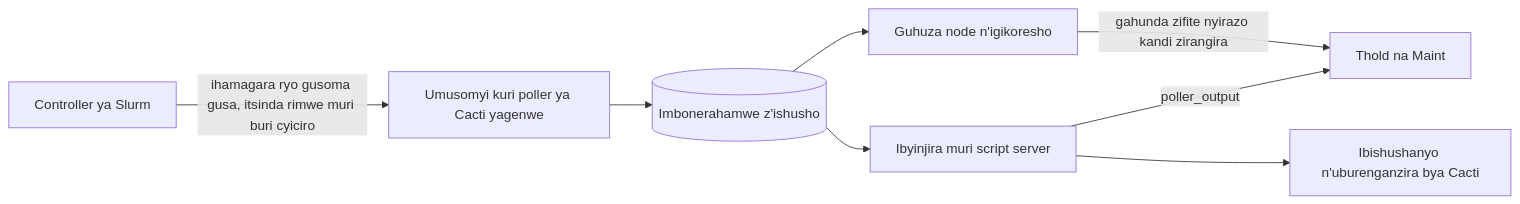
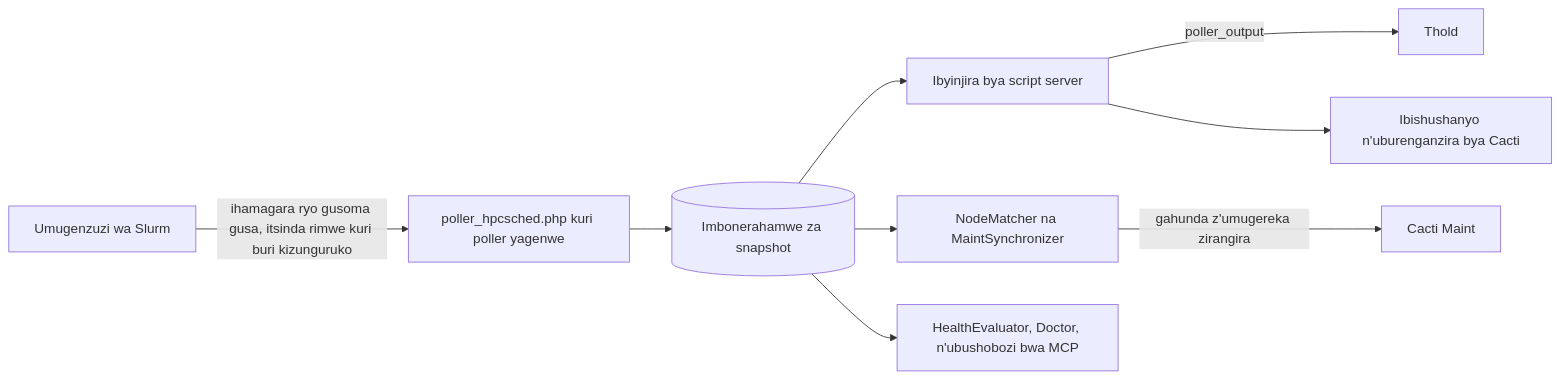
Before and after one commit to somethingwithproof/plugin_hpcsched: the diagram in docs/i18n/rw-RW/README.md, drawn with Mermaid. The commit also changed other lines of this file and 48 other files, not shown here.

````diff
--- a/docs/i18n/rw-RW/README.md
+++ b/docs/i18n/rw-RW/README.md
@@ -109,10 +163,11 @@
 ```mermaid
 flowchart LR
-    S[Controller ya Slurm] -->|ihamagara ryo gusoma gusa, itsinda rimwe muri buri cyiciro| R[Umusomyi kuri poller ya Cacti yagenwe]
-    R --> SNAP[(Imbonerahamwe z'ishusho)]
-    SNAP --> SS[Ibyinjira muri script server]
-    SS -->|poller_output| T[Thold na Maint]
+    S[Umugenzuzi wa Slurm] -->|ihamagara ryo gusoma gusa, itsinda rimwe kuri buri kizunguruko| R[poller_hpcsched.php kuri poller yagenwe]
+    R --> SNAP[(Imbonerahamwe za snapshot)]
+    SNAP --> SS[Ibyinjira bya script server]
+    SS -->|poller_output| T[Thold]
     SS --> G[Ibishushanyo n'uburenganzira bya Cacti]
-    SNAP --> MAP[Guhuza node n'igikoresho]
-    MAP -->|gahunda zifite nyirazo kandi zirangira| T
+    SNAP --> MAP[NodeMatcher na MaintSynchronizer]
+    MAP -->|gahunda z'umugereka zirangira| M[Cacti Maint]
+    SNAP --> H[HealthEvaluator, Doctor, n'ubushobozi bwa MCP]
 ```
````
